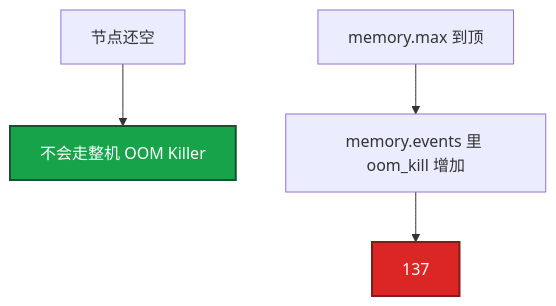
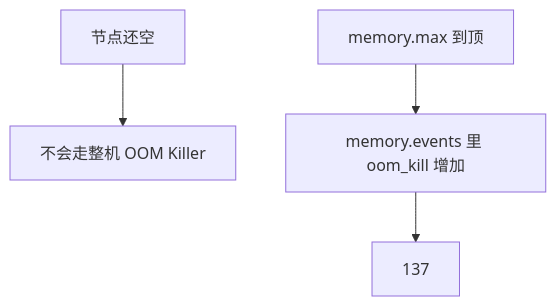
Before and after one commit to ml-cuizijun/LearnToLilith: the third of 6 diagrams in 01-基础底座/10-cgroup与容器/练习题.md, drawn with Mermaid. The commit also changed other lines of this file and 470 other files, not shown here.

````diff
--- a/01-基础底座/10-cgroup与容器/练习题.md
+++ b/01-基础底座/10-cgroup与容器/练习题.md
@@ -148,10 +143,6 @@
 ```mermaid
 flowchart TB
     A[节点还空] --> B[不会走整机 OOM Killer]
     C[memory.max 到顶] --> D[memory.events 里 oom_kill 增加]
     D --> E[137]
-    classDef ok fill:#16A34A,stroke:#14532D,stroke-width:2px,color:#fff
-    classDef bad fill:#DC2626,stroke:#7F1D1D,stroke-width:2px,color:#fff
-    class B ok
-    class E bad
 ```
````
